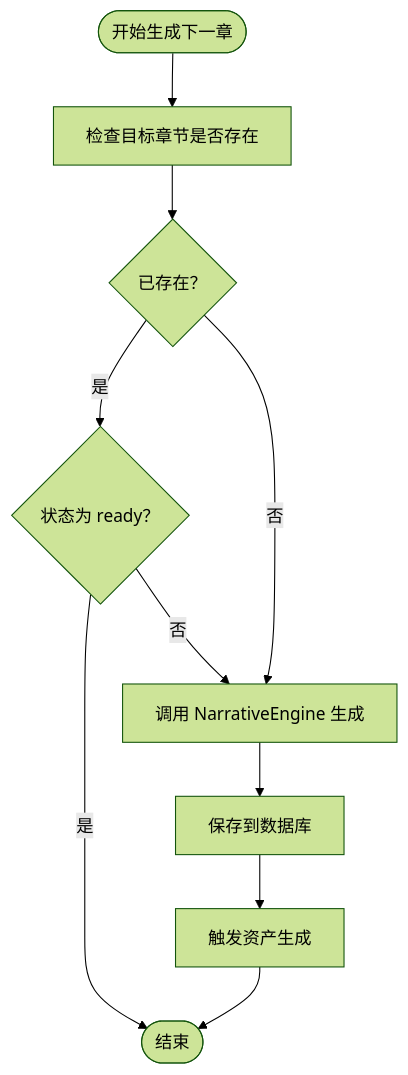
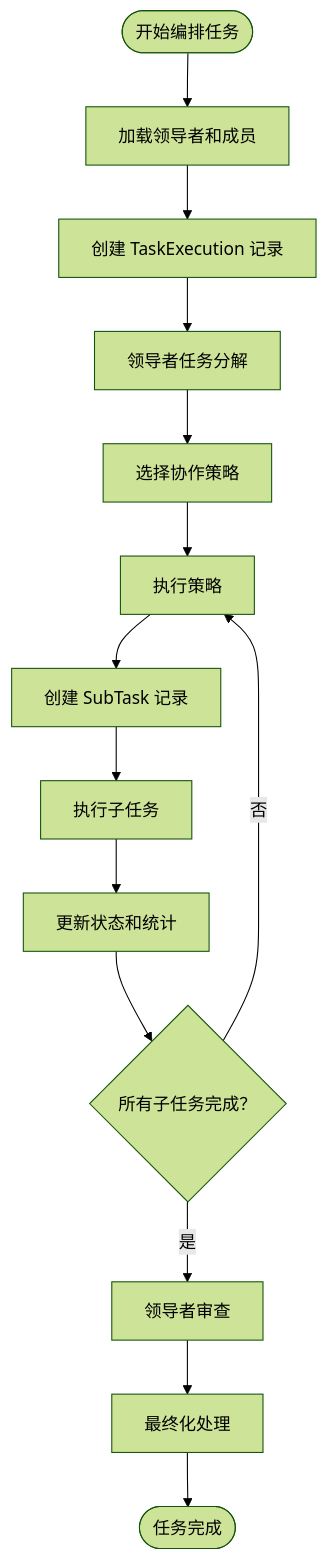
The seventh of 9 diagrams in .qoder/repowiki/zh/content/多智能体叙事引擎/智能体协作机制.md (KunLabAI/KunFlix), drawn with Mermaid (forest theme) before and after one commit. The commit also changed other lines of this file and 25 other files, not shown here.

````diff
--- a/.qoder/repowiki/zh/content/多智能体叙事引擎/智能体协作机制.md
+++ b/.qoder/repowiki/zh/content/多智能体叙事引擎/智能体协作机制.md
@@ -214,12 +371,16 @@
 ```mermaid
 flowchart TD
-Start(["开始生成下一章"]) --> CheckExist["检查目标章节是否存在"]
-CheckExist --> Exists{"已存在？"}
-Exists --> |是| Ready{"状态为 ready？"}
-Ready --> |是| End(["结束"])
-Ready --> |否| Gen["调用 NarrativeEngine 生成"]
-Exists --> |否| Gen
-Gen --> Save["保存到数据库"]
-Save --> Trigger["触发资产生成"]
-Trigger --> End
+Start(["开始编排任务"]) --> LoadLeader["加载领导者和成员"]
+LoadLeader --> CreateTask["创建 TaskExecution 记录"]
+CreateTask --> Decompose["领导者任务分解"]
+Decompose --> ChooseStrategy["选择协作策略"]
+ChooseStrategy --> ExecuteStrategy["执行策略"]
+ExecuteStrategy --> CreateSubtask["创建 SubTask 记录"]
+CreateSubtask --> ExecuteSubtask["执行子任务"]
+ExecuteSubtask --> UpdateStatus["更新状态和统计"]
+UpdateStatus --> CheckComplete{"所有子任务完成？"}
+CheckComplete --> |否| ExecuteStrategy
+CheckComplete --> |是| Review["领导者审查"]
+Review --> Finalize["最终化处理"]
+Finalize --> Complete(["任务完成"])
 ```
````
